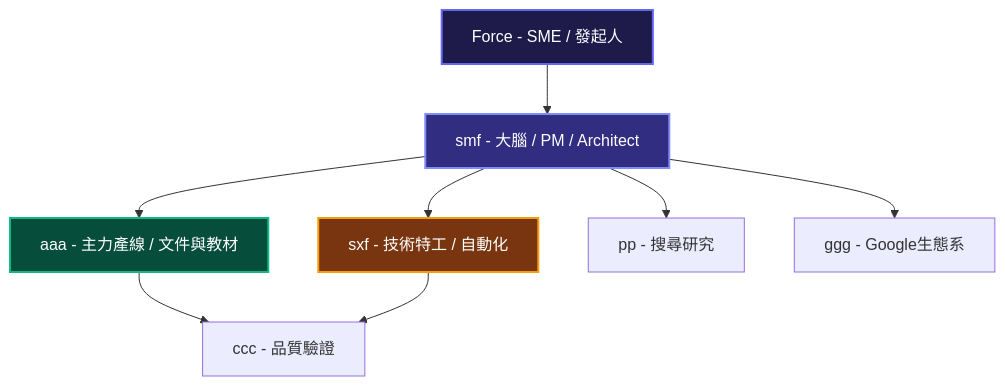
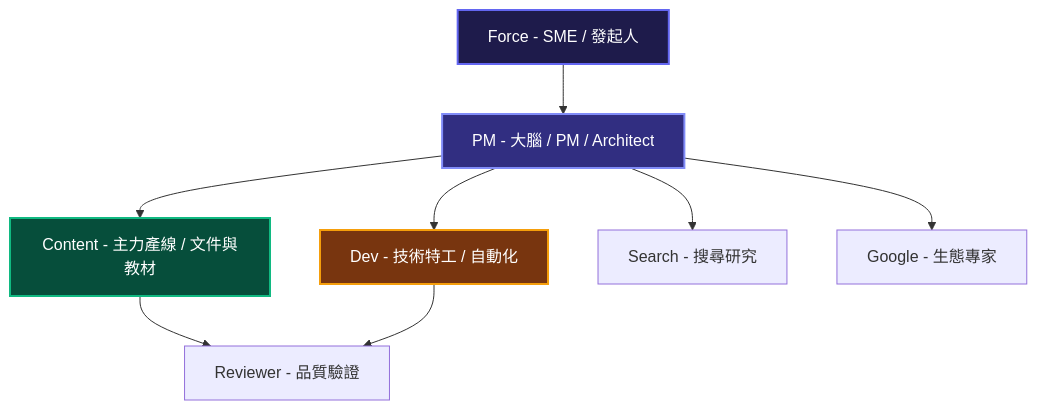
One commit to falo-chinese/skyline-class changed the first of 3 diagrams in class2/docs/03_multi_ai_collaboration.md. Above: the diagram before and after it, drawn with Mermaid. The commit also changed other lines of this file and 11 other files, not shown here.

````diff
--- a/class2/docs/03_multi_ai_collaboration.md
+++ b/class2/docs/03_multi_ai_collaboration.md
@@ -24,15 +24,15 @@
 ```mermaid
 graph TD
-    ff[Force - SME / 發起人] --> smf[smf - 大腦 / PM / Architect]
-    smf --> aaa[aaa - 主力產線 / 文件與教材]
-    smf --> sxf[sxf - 技術特工 / 自動化]
-    smf --> pp[pp - 搜尋研究]
-    smf --> ggg[ggg - Google生態系]
-    aaa --> ccc[ccc - 品質驗證]
-    sxf --> ccc
+    ff[Force - SME / 發起人] --> PM[PM - 大腦 / PM / Architect]
+    PM --> Content[Content - 主力產線 / 文件與教材]
+    PM --> Dev[Dev - 技術特工 / 自動化]
+    PM --> Search[Search - 搜尋研究]
+    PM --> Google[Google - 生態專家]
+    Content --> Reviewer[Reviewer - 品質驗證]
+    Dev --> Reviewer
 
     style ff fill:#1e1b4b,stroke:#6366f1,stroke-width:2px,color:#fff
-    style smf fill:#312e81,stroke:#818cf8,stroke-width:2px,color:#fff
-    style aaa fill:#064e3b,stroke:#10b981,stroke-width:2px,color:#fff
-    style sxf fill:#78350f,stroke:#f59e0b,stroke-width:2px,color:#fff
+    style PM fill:#312e81,stroke:#818cf8,stroke-width:2px,color:#fff
+    style Content fill:#064e3b,stroke:#10b981,stroke-width:2px,color:#fff
+    style Dev fill:#78350f,stroke:#f59e0b,stroke-width:2px,color:#fff
 ```
````
